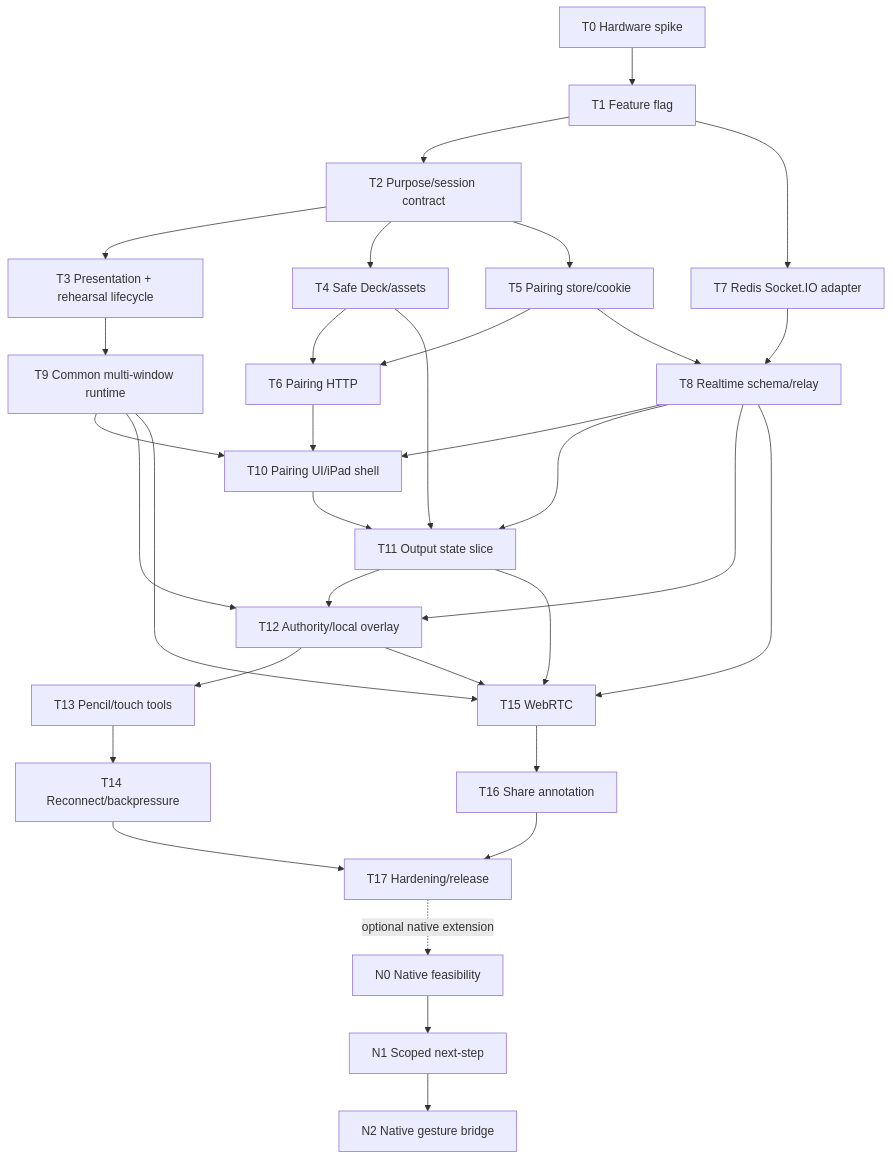
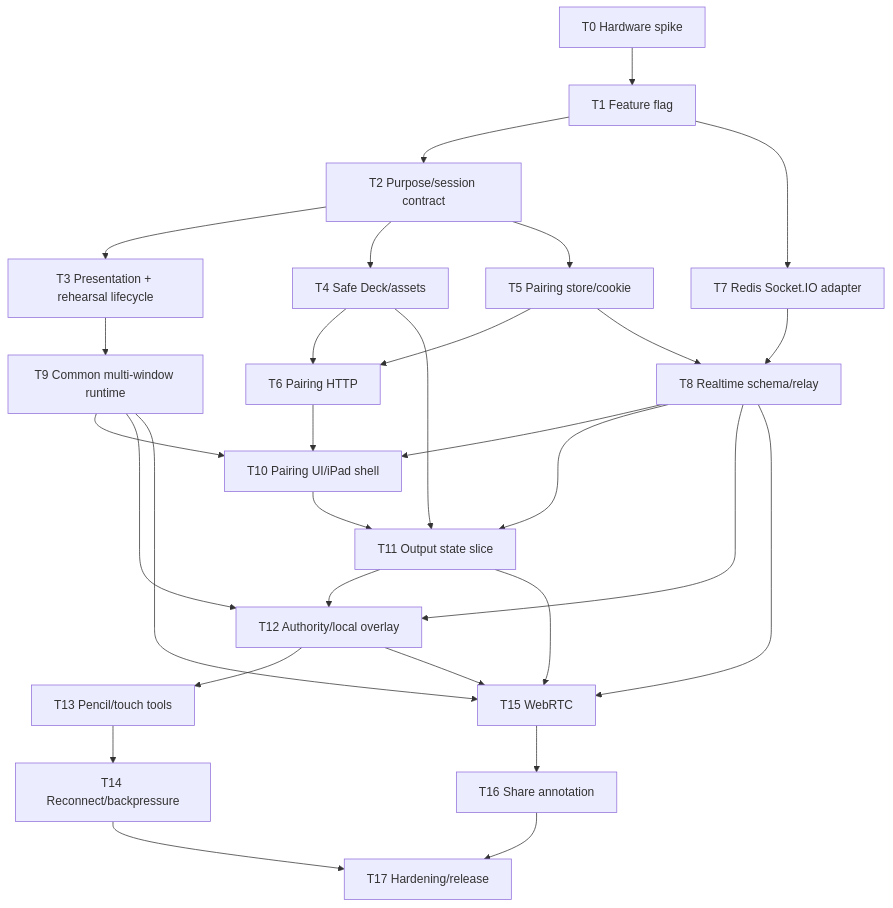
One commit to na-man-mu-303-team2/Orbit changed the second of 2 diagrams in docs/plans/ipad-presenter-companion-implementation-plan.md. Above: the diagram before and after it, drawn with Mermaid. The commit also changed other lines of this file and 1 other file, not shown here.

````diff
--- a/docs/plans/ipad-presenter-companion-implementation-plan.md
+++ b/docs/plans/ipad-presenter-companion-implementation-plan.md
@@ -1231,35 +1057,32 @@
 ```mermaid
 flowchart TD
   T0["T0 Hardware spike"] --> T1["T1 Feature flag"]
   T1 --> T2["T2 Purpose/session contract"]
   T2 --> T3["T3 Presentation + rehearsal lifecycle"]
   T2 --> T4["T4 Safe Deck/assets"]
   T2 --> T5["T5 Pairing store/cookie"]
   T4 --> T6["T6 Pairing HTTP"]
   T5 --> T6
   T1 --> T7["T7 Redis Socket.IO adapter"]
   T5 --> T8["T8 Realtime schema/relay"]
   T7 --> T8
   T3 --> T9["T9 Common multi-window runtime"]
   T6 --> T10["T10 Pairing UI/iPad shell"]
   T8 --> T10
   T9 --> T10
   T4 --> T11["T11 Output state slice"]
   T8 --> T11
   T10 --> T11
   T8 --> T12["T12 Authority/local overlay"]
   T9 --> T12
   T11 --> T12
   T12 --> T13["T13 Pencil/touch tools"]
   T13 --> T14["T14 Reconnect/backpressure"]
   T8 --> T15["T15 WebRTC"]
   T9 --> T15
   T11 --> T15
   T12 --> T15
   T15 --> T16["T16 Share annotation"]
   T14 --> T17["T17 Hardening/release"]
   T16 --> T17
-  T17 -. "optional native extension" .-> N0["N0 Native feasibility"]
-  N0 --> N1["N1 Scoped next-step"]
-  N1 --> N2["N2 Native gesture bridge"]
 ```
````
